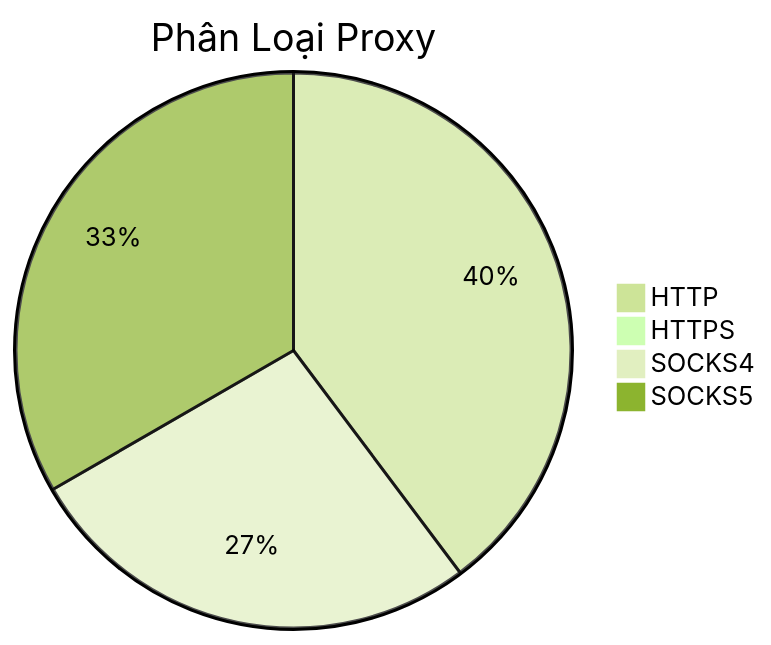
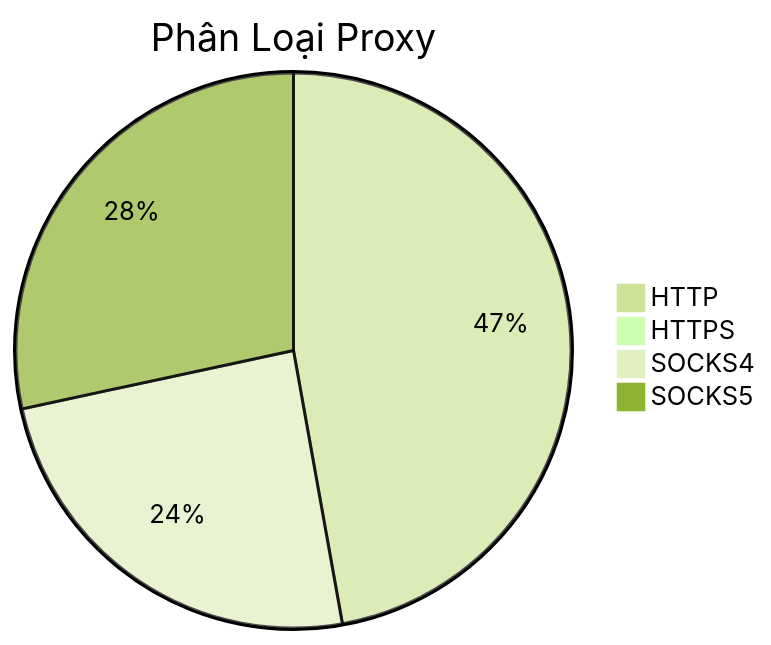
One commit to Ciara-12/PROXY-free changed the diagram in README.md. Above: the diagram before and after it, drawn with Mermaid (forest theme). The commit also changed other lines of this file and 3 other files, not shown here.

````diff
--- a/README.md
+++ b/README.md
@@ -26,7 +26,7 @@
 ```mermaid
 pie title Phân Loại Proxy
-    "HTTP" : 464
+    "HTTP" : 577
     "HTTPS" : 0
-    "SOCKS4" : 314
-    "SOCKS5" : 389
+    "SOCKS4" : 299
+    "SOCKS5" : 347
 ```
````
